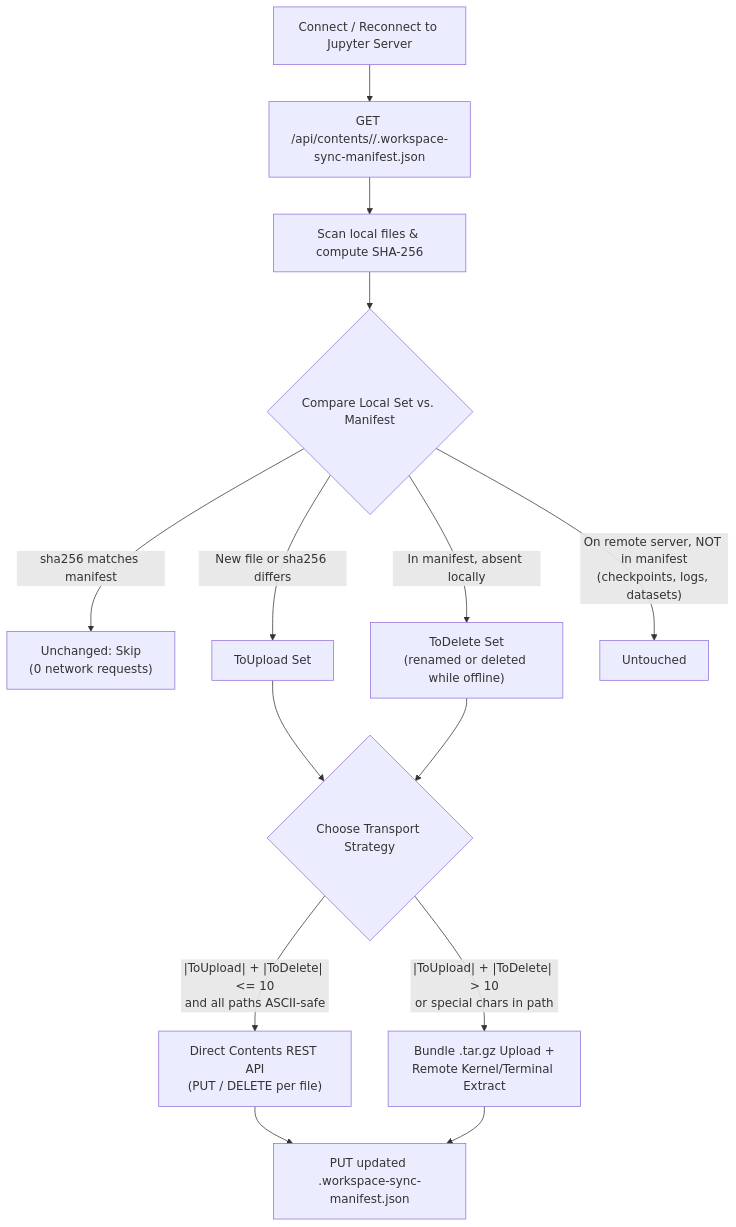
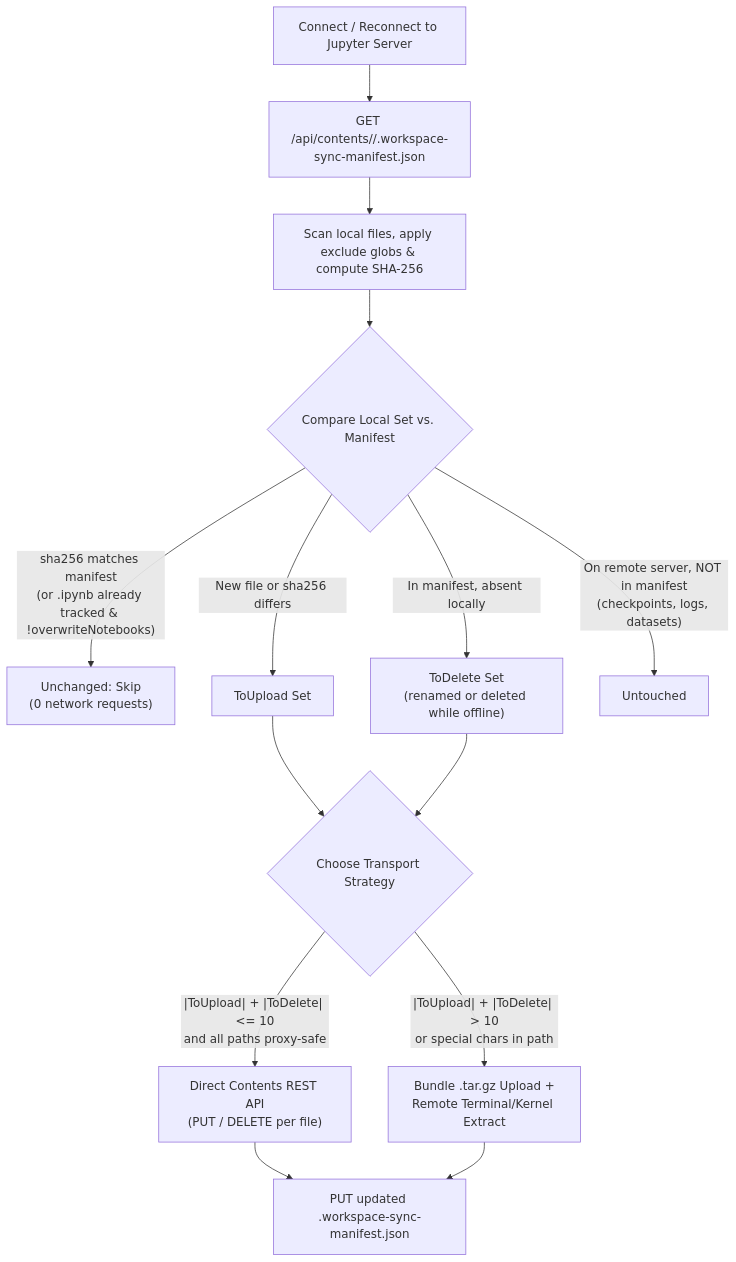
One commit to gke-labs/workspaces changed the second of 3 diagrams in vscode-extension/DESIGN.md. Above: the diagram before and after it, drawn with Mermaid. The commit also changed other lines of this file and 19 other files, not shown here.

````diff
--- a/vscode-extension/DESIGN.md
+++ b/vscode-extension/DESIGN.md
@@ -155,16 +166,16 @@
 ```mermaid
 flowchart TD
     START["Connect / Reconnect to Jupyter Server"] --> FETCH["GET /api/contents/<repo>/.workspace-sync-manifest.json"]
-    FETCH --> SCAN["Scan local files & compute SHA-256"]
+    FETCH --> SCAN["Scan local files, apply exclude globs & compute SHA-256"]
     SCAN --> DIFF{"Compare Local Set vs. Manifest"}
 
-    DIFF -->|"sha256 matches manifest"| SKIP["Unchanged: Skip<br/>(0 network requests)"]
+    DIFF -->|"sha256 matches manifest<br/>(or .ipynb already tracked & !overwriteNotebooks)"| SKIP["Unchanged: Skip<br/>(0 network requests)"]
     DIFF -->|"New file or sha256 differs"| ADD["ToUpload Set"]
     DIFF -->|"In manifest, absent locally"| DEL["ToDelete Set<br/>(renamed or deleted while offline)"]
     DIFF -->|"On remote server, NOT in manifest<br/>(checkpoints, logs, datasets)"| KEEP["Untouched"]
 
     ADD & DEL --> TRANSPORT{"Choose Transport Strategy"}
-    TRANSPORT -->|"|ToUpload| + |ToDelete| <= 10<br/>and all paths ASCII-safe"| REST["Direct Contents REST API<br/>(PUT / DELETE per file)"]
-    TRANSPORT -->|"|ToUpload| + |ToDelete| > 10<br/>or special chars in path"| TAR["Bundle .tar.gz Upload +<br/>Remote Kernel/Terminal Extract"]
+    TRANSPORT -->|"|ToUpload| + |ToDelete| <= 10<br/>and all paths proxy-safe"| REST["Direct Contents REST API<br/>(PUT / DELETE per file)"]
+    TRANSPORT -->|"|ToUpload| + |ToDelete| > 10<br/>or special chars in path"| TAR["Bundle .tar.gz Upload +<br/>Remote Terminal/Kernel Extract"]
     REST & TAR --> SAVE["PUT updated .workspace-sync-manifest.json"]
 ```
````
